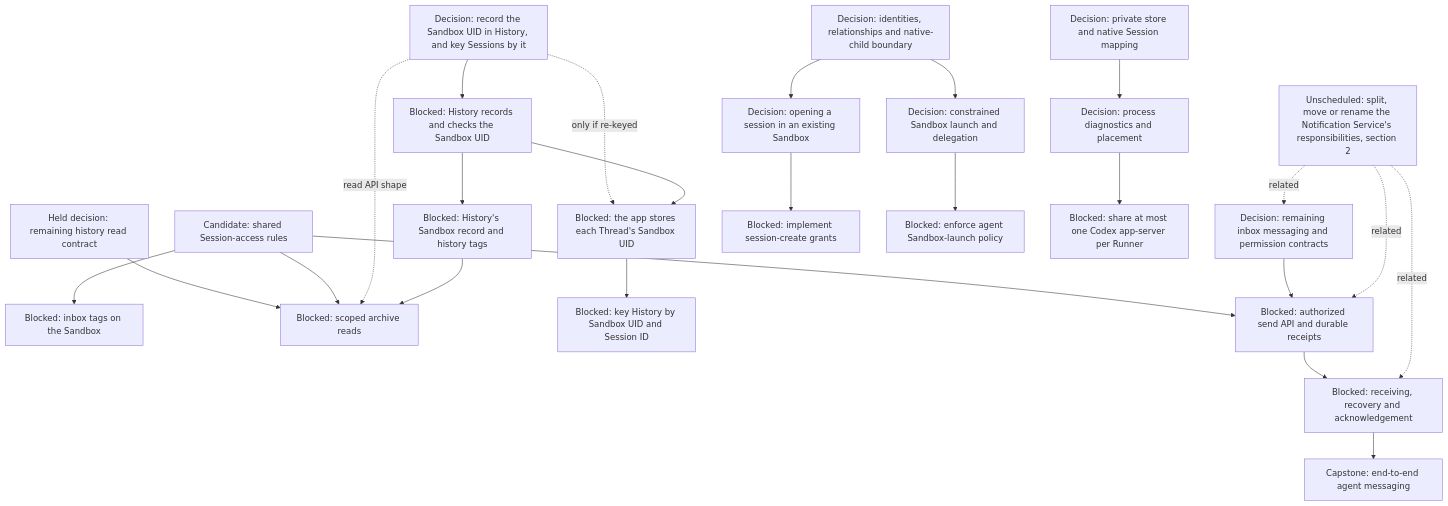
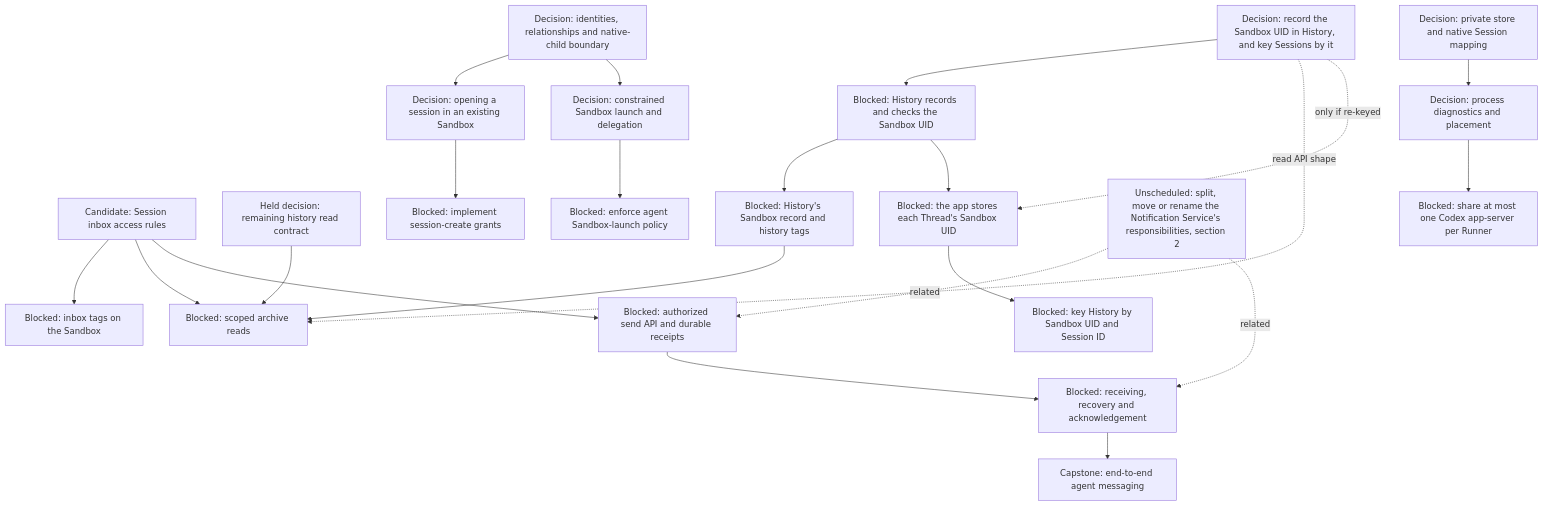
One commit to agentydragon-agent/ducktape changed the fifth of 17 diagrams in agentplane/plans/task_dag.md. Above: the diagram before and after it, drawn with Mermaid. The commit also changed other lines of this file and 4 other files, not shown here.

````diff
--- a/agentplane/plans/task_dag.md
+++ b/agentplane/plans/task_dag.md
@@ -250,46 +250,43 @@
 ```mermaid
 flowchart TD
     MULTIAGENT_MODEL[Decision: identities, relationships and native-child boundary]
-    SESSION_ACCESS_RULES[Candidate: shared Session-access rules]
+    SESSION_INBOX_ACCESS_RULES[Candidate: Session inbox access rules]
     THREAD_READ_POLICY_DESIGN[Held decision: remaining history read contract]
     SANDBOX_INBOX_TAGS[Blocked: inbox tags on the Sandbox]
     HISTORY_SANDBOX_RECORD[Blocked: History's Sandbox record and history tags]
     THREAD_READ_POLICY[Blocked: scoped archive reads]
     HISTORY_SESSION_KEY_DESIGN[Decision: record the Sandbox UID in History, and key Sessions by it]
     HISTORY_SANDBOX_UID[Blocked: History records and checks the Sandbox UID]
     APP_THREAD_SANDBOX_UID[Blocked: the app stores each Thread's Sandbox UID]
     HISTORY_SESSION_REKEY[Blocked: key History by Sandbox UID and Session ID]
-    AGENT_MESSAGING_DESIGN[Decision: remaining inbox messaging and permission contracts]
     AGENT_MESSAGE_INGRESS[Blocked: authorized send API and durable receipts]
     AGENT_MESSAGE_RECEPTION[Blocked: receiving, recovery and acknowledgement]
     AGENT_MESSAGING[Capstone: end-to-end agent messaging]
     THREAD_CREATE_POLICY[Decision: opening a session in an existing Sandbox]
     THREAD_CREATE_AUTHORIZATION[Blocked: implement session-create grants]
     AGENT_LAUNCH_POLICY_DESIGN[Decision: constrained Sandbox launch and delegation]
     AGENT_SANDBOX_LAUNCH[Blocked: enforce agent Sandbox-launch policy]
     MULTIAGENT_MODEL --> THREAD_CREATE_POLICY
     MULTIAGENT_MODEL --> AGENT_LAUNCH_POLICY_DESIGN
     THREAD_READ_POLICY_DESIGN --> THREAD_READ_POLICY
-    SESSION_ACCESS_RULES --> SANDBOX_INBOX_TAGS
-    SESSION_ACCESS_RULES --> THREAD_READ_POLICY
+    SESSION_INBOX_ACCESS_RULES --> SANDBOX_INBOX_TAGS
+    SESSION_INBOX_ACCESS_RULES --> THREAD_READ_POLICY
     HISTORY_SESSION_KEY_DESIGN --> HISTORY_SANDBOX_UID
     HISTORY_SESSION_KEY_DESIGN -. read API shape .-> THREAD_READ_POLICY
     HISTORY_SESSION_KEY_DESIGN -. only if re-keyed .-> APP_THREAD_SANDBOX_UID
     HISTORY_SANDBOX_UID --> HISTORY_SANDBOX_RECORD
     HISTORY_SANDBOX_RECORD --> THREAD_READ_POLICY
     HISTORY_SANDBOX_UID --> APP_THREAD_SANDBOX_UID
     APP_THREAD_SANDBOX_UID --> HISTORY_SESSION_REKEY
-    SESSION_ACCESS_RULES --> AGENT_MESSAGE_INGRESS
-    AGENT_MESSAGING_DESIGN --> AGENT_MESSAGE_INGRESS
+    SESSION_INBOX_ACCESS_RULES --> AGENT_MESSAGE_INGRESS
     AGENT_MESSAGE_INGRESS --> AGENT_MESSAGE_RECEPTION
-    NOTIFICATION_SERVICE_SPLIT[Unscheduled: split, move or rename the Notification Service's responsibilities, section 2] -. related .-> AGENT_MESSAGING_DESIGN
-    NOTIFICATION_SERVICE_SPLIT -. related .-> AGENT_MESSAGE_INGRESS
+    NOTIFICATION_SERVICE_SPLIT[Unscheduled: split, move or rename the Notification Service's responsibilities, section 2] -. related .-> AGENT_MESSAGE_INGRESS
     NOTIFICATION_SERVICE_SPLIT -. related .-> AGENT_MESSAGE_RECEPTION
     AGENT_MESSAGE_RECEPTION --> AGENT_MESSAGING
     THREAD_CREATE_POLICY --> THREAD_CREATE_AUTHORIZATION
     AGENT_LAUNCH_POLICY_DESIGN --> AGENT_SANDBOX_LAUNCH
     RUNNER_HARNESS_OBJECTS_DESIGN[Decision: process diagnostics and placement]
     HARNESS_IDENTITY_DESIGN[Decision: private store and native Session mapping]
     HARNESS_IDENTITY_DESIGN --> RUNNER_HARNESS_OBJECTS_DESIGN
     RUNNER_HARNESS_OBJECTS_DESIGN --> RUNNER_CODEX_SHARED_PROCESS[Blocked: share at most one Codex app-server per Runner]
 ```
````
